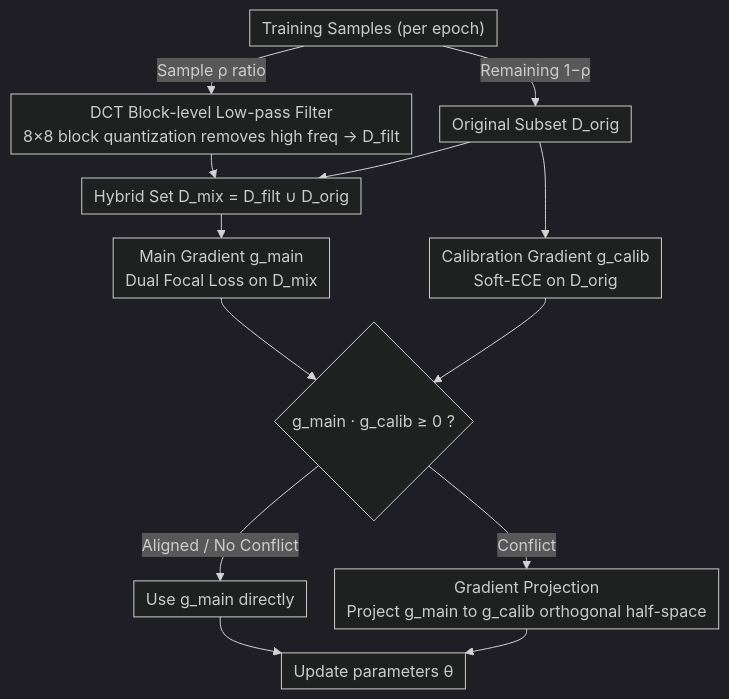
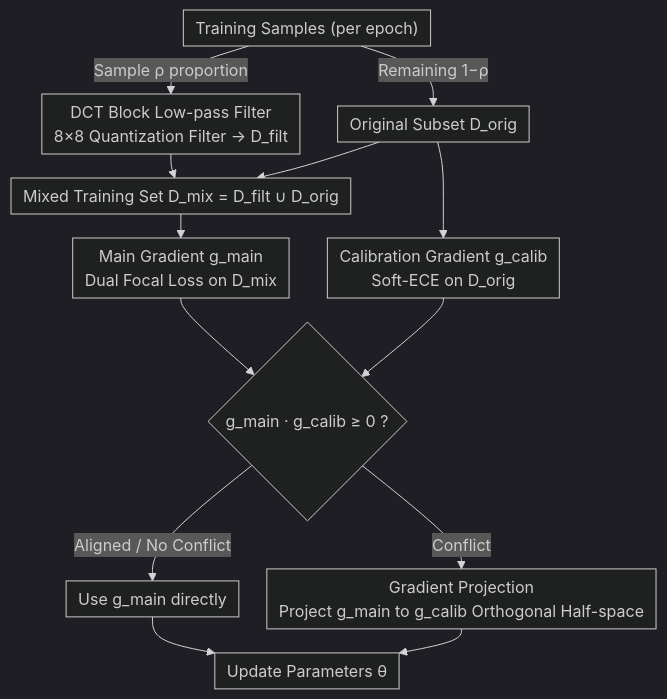
Before and after one commit to zhaoyang97/Paper-Notes-en: the diagram in docs/ICML2026/others/target-agnostic_calibration_under_distribution_shift_with_frequency-aware_gradie.md, drawn with Mermaid (dark theme). The commit also changed other lines of this file and 5084 other files, not shown here.

````diff
--- a/docs/ICML2026/others/target-agnostic_calibration_under_distribution_shift_with_frequency-aware_gradie.md
+++ b/docs/ICML2026/others/target-agnostic_calibration_under_distribution_shift_with_frequency-aware_gradie.md
@@ -44,16 +45,16 @@
 ```mermaid
 %%{init: {'flowchart': {'rankSpacing': 24, 'nodeSpacing': 28, 'padding': 6, 'wrappingWidth': 400}}}%%
 flowchart TD
-    A["Training Samples (per epoch)"] -->|"Sample ρ ratio"| B["DCT Block-level Low-pass Filter<br/>8×8 block quantization removes high freq → D_filt"]
+    A["Training Samples (per epoch)"] -->|"Sample ρ proportion"| B["DCT Block Low-pass Filter<br/>8×8 Quantization Filter → D_filt"]
     A -->|"Remaining 1−ρ"| C["Original Subset D_orig"]
-    B --> D["Hybrid Set D_mix = D_filt ∪ D_orig"]
+    B --> D["Mixed Training Set D_mix = D_filt ∪ D_orig"]
     C --> D
     D --> E["Main Gradient g_main<br/>Dual Focal Loss on D_mix"]
     C --> F["Calibration Gradient g_calib<br/>Soft-ECE on D_orig"]
     E --> G{"g_main · g_calib ≥ 0 ?"}
     F --> G
     G -->|"Aligned / No Conflict"| H["Use g_main directly"]
-    G -->|"Conflict"| I["Gradient Projection<br/>Project g_main to g_calib orthogonal half-space"]
-    H --> J["Update parameters θ"]
+    G -->|"Conflict"| I["Gradient Projection<br/>Project g_main to g_calib Orthogonal Half-space"]
+    H --> J["Update Parameters θ"]
     I --> J
 ```
````
